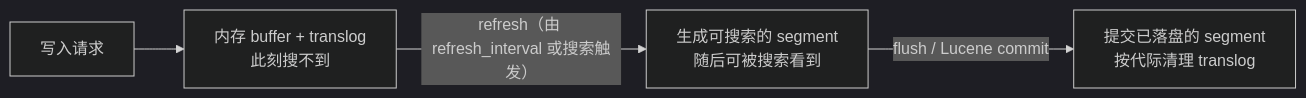
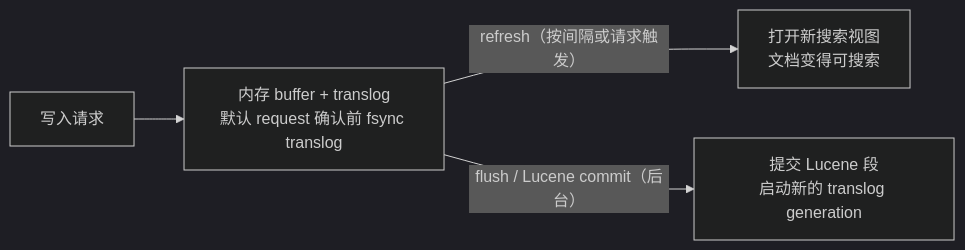
The second of 3 diagrams in docs/08-阶段八-数据库专家/04-Elasticsearch.md (CrazyForks/java-full-stack), drawn with Mermaid (dark theme) before and after one commit. The commit also changed other lines of this file and 58 other files, not shown here.

````diff
--- a/docs/08-阶段八-数据库专家/04-Elasticsearch.md
+++ b/docs/08-阶段八-数据库专家/04-Elasticsearch.md
@@ -103,6 +105,6 @@
 ```mermaid
 flowchart LR
-    A["写入请求"] --> B["内存 buffer + translog<br/>此刻搜不到"]
-    B -->|"refresh（由 refresh_interval 或搜索触发）"| C["生成可搜索的 segment<br/>随后可被搜索看到"]
-    C -->|"flush / Lucene commit"| D["提交已落盘的 segment<br/>按代际清理 translog"]
+    A["写入请求"] --> B["内存 buffer + translog<br/>默认 request 确认前 fsync translog"]
+    B -->|"refresh（按间隔或请求触发）"| C["打开新搜索视图<br/>文档变得可搜索"]
+    B -->|"flush / Lucene commit（后台）"| D["提交 Lucene 段<br/>启动新的 translog generation"]
 ```
````
